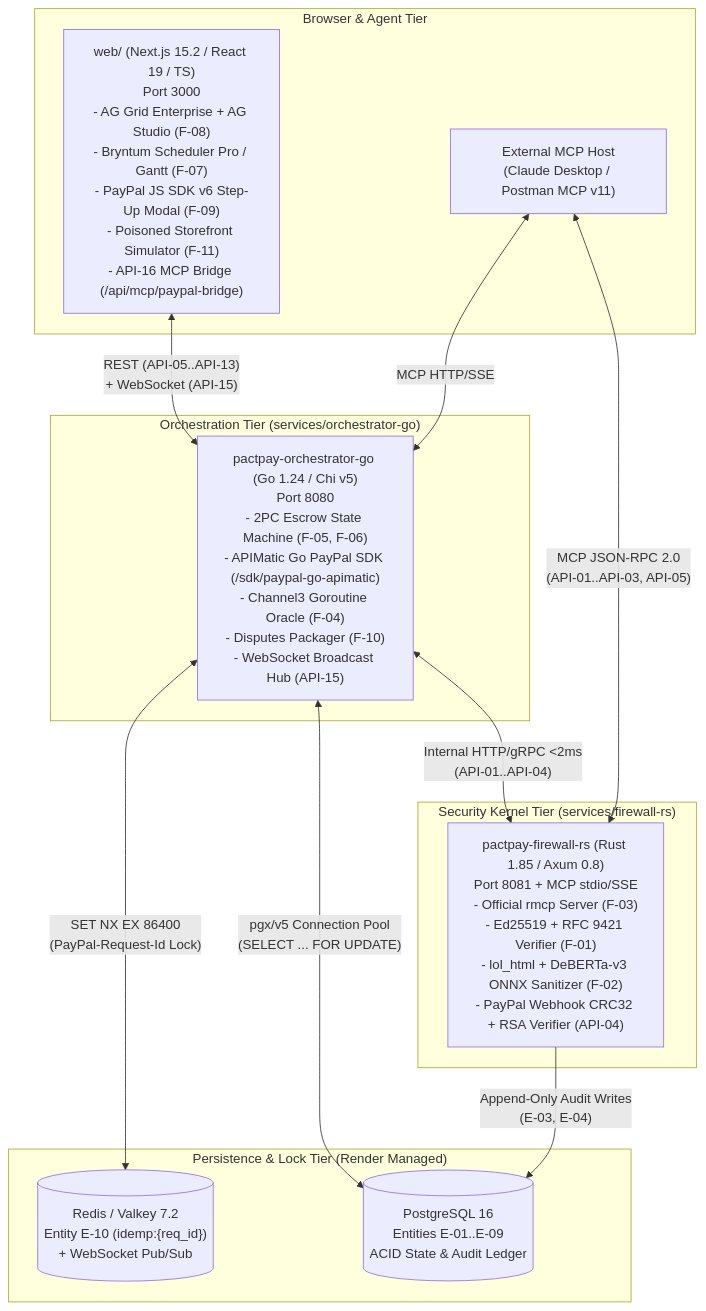
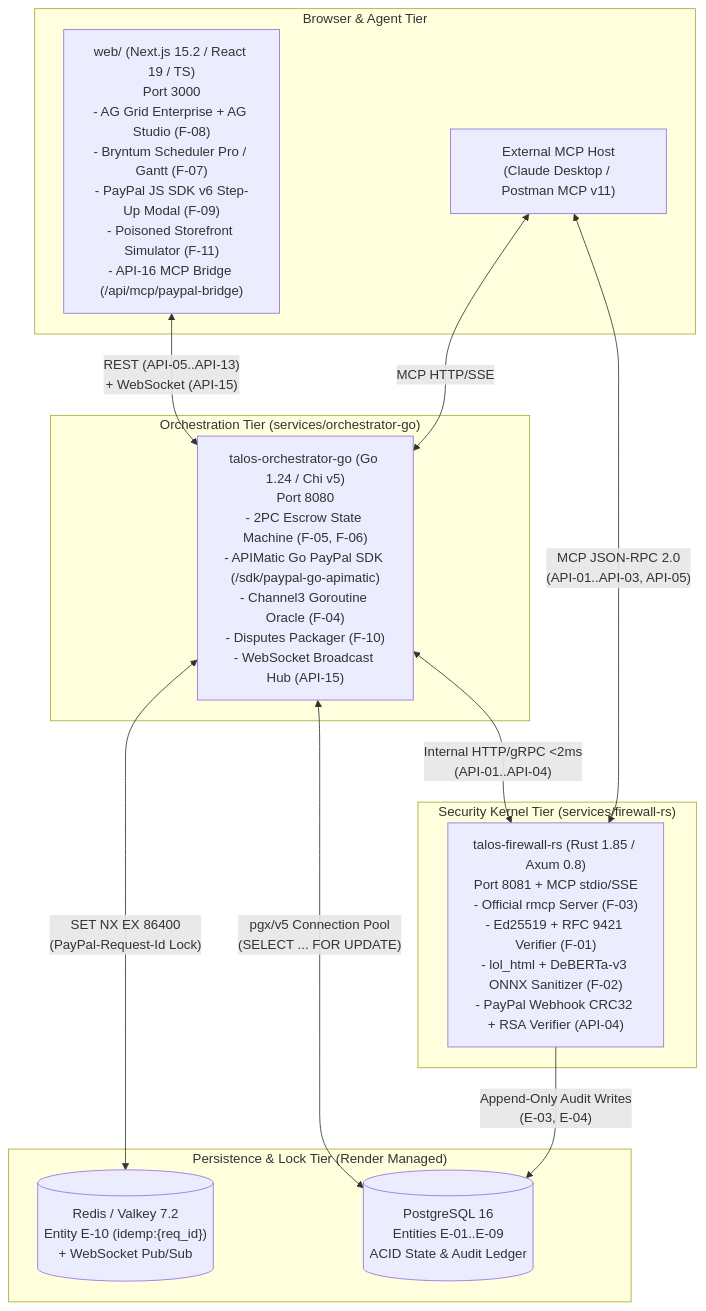
One commit to sruj08/Talos changed the second of 9 diagrams in docs/03-engineering/ARCHITECTURE.md. Above: the diagram before and after it, drawn with Mermaid. The commit also changed other lines of this file and 457 other files, not shown here.

Commit message:
feat: initialize polyglot project architecture with comprehensive documentation, Go orchestrator, and Rust firewall services

````diff
--- a/docs/03-engineering/ARCHITECTURE.md
+++ b/docs/03-engineering/ARCHITECTURE.md
@@ -60,28 +60,28 @@
 ```mermaid
 flowchart TB
     subgraph ClientTier["Browser & Agent Tier"]
         WebUI["web/ (Next.js 15.2 / React 19 / TS)<br/>Port 3000<br/>- AG Grid Enterprise + AG Studio (F-08)<br/>- Bryntum Scheduler Pro / Gantt (F-07)<br/>- PayPal JS SDK v6 Step-Up Modal (F-09)<br/>- Poisoned Storefront Simulator (F-11)<br/>- API-16 MCP Bridge (/api/mcp/paypal-bridge)"]
         MCPClient["External MCP Host<br/>(Claude Desktop / Postman MCP v11)"]
     end
 
     subgraph GoTier["Orchestration Tier (services/orchestrator-go)"]
-        OrchGo["pactpay-orchestrator-go (Go 1.24 / Chi v5)<br/>Port 8080<br/>- 2PC Escrow State Machine (F-05, F-06)<br/>- APIMatic Go PayPal SDK (/sdk/paypal-go-apimatic)<br/>- Channel3 Goroutine Oracle (F-04)<br/>- Disputes Packager (F-10)<br/>- WebSocket Broadcast Hub (API-15)"]
+        OrchGo["talos-orchestrator-go (Go 1.24 / Chi v5)<br/>Port 8080<br/>- 2PC Escrow State Machine (F-05, F-06)<br/>- APIMatic Go PayPal SDK (/sdk/paypal-go-apimatic)<br/>- Channel3 Goroutine Oracle (F-04)<br/>- Disputes Packager (F-10)<br/>- WebSocket Broadcast Hub (API-15)"]
     end
 
     subgraph RustTier["Security Kernel Tier (services/firewall-rs)"]
-        FirewallRs["pactpay-firewall-rs (Rust 1.85 / Axum 0.8)<br/>Port 8081 + MCP stdio/SSE<br/>- Official rmcp Server (F-03)<br/>- Ed25519 + RFC 9421 Verifier (F-01)<br/>- lol_html + DeBERTa-v3 ONNX Sanitizer (F-02)<br/>- PayPal Webhook CRC32 + RSA Verifier (API-04)"]
+        FirewallRs["talos-firewall-rs (Rust 1.85 / Axum 0.8)<br/>Port 8081 + MCP stdio/SSE<br/>- Official rmcp Server (F-03)<br/>- Ed25519 + RFC 9421 Verifier (F-01)<br/>- lol_html + DeBERTa-v3 ONNX Sanitizer (F-02)<br/>- PayPal Webhook CRC32 + RSA Verifier (API-04)"]
     end
 
     subgraph DataTier["Persistence & Lock Tier (Render Managed)"]
         PG[("PostgreSQL 16<br/>Entities E-01..E-09<br/>ACID State & Audit Ledger")]
         Redis[("Redis / Valkey 7.2<br/>Entity E-10 (idemp:{req_id})<br/>+ WebSocket Pub/Sub")]
     end
 
     WebUI <-->|"REST (API-05..API-13)<br/>+ WebSocket (API-15)"| OrchGo
     MCPClient <-->|"MCP JSON-RPC 2.0<br/>(API-01..API-03, API-05)"| FirewallRs
     MCPClient <-->|"MCP HTTP/SSE"| OrchGo
     OrchGo <-->|"Internal HTTP/gRPC <2ms<br/>(API-01..API-04)"| FirewallRs
     OrchGo <-->|"pgx/v5 Connection Pool<br/>(SELECT ... FOR UPDATE)"| PG
     FirewallRs -->|"Append-Only Audit Writes<br/>(E-03, E-04)"| PG
     OrchGo <-->|"SET NX EX 86400<br/>(PayPal-Request-Id Lock)"| Redis
 ```
````
